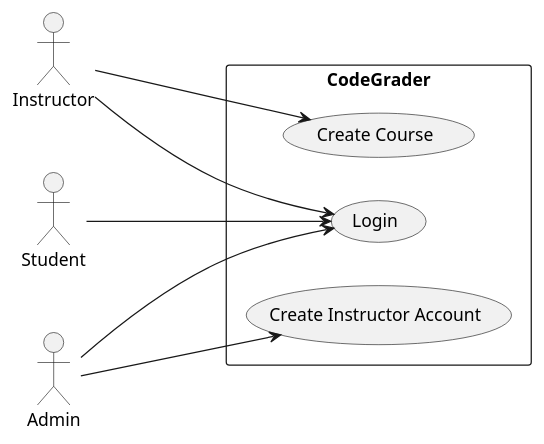
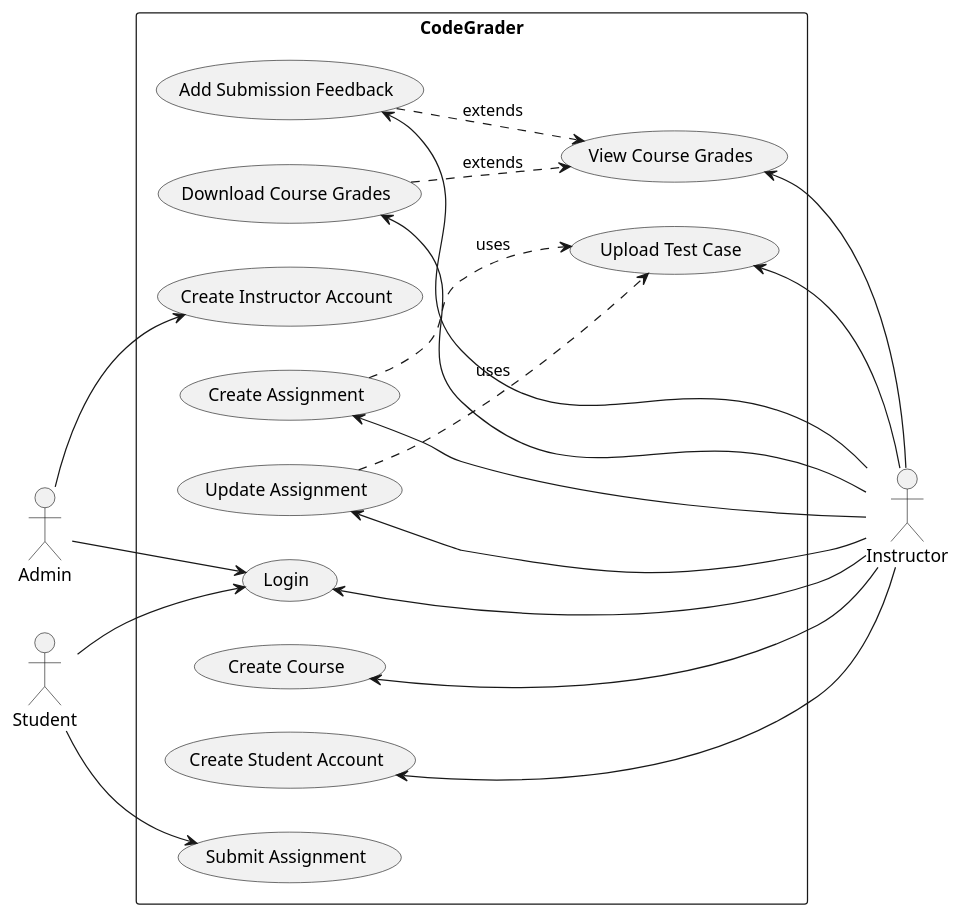
Before and after one commit to LittleTealeaf/SER-340-Project: the diagram in docs/srs/diagrams.puml, drawn with PlantUML. The commit also changed 1 other file, not shown here.

```diff
--- a/docs/srs/diagrams.puml
+++ b/docs/srs/diagrams.puml
@@ -1,27 +1,54 @@
 @startuml Use Case Diagram
 skinparam packageStyle rectangle
 left to right direction
 
 :Admin:
 :Instructor:
 :Student:
 
 
 rectangle CodeGrader {
 
   (Login)
+  (Add Submission Feedback)
+  (Download Course Grades)
   (Create Instructor Account)
   (Create Course)
+  (Create Student Account)
+  (Upload Test Case)
+  (Create Assignment)
+  (Update Assignment)
+  (Submit Assignment)
+  (View Course Grades)
+
+
+  (Download Course Grades) ..> (View Course Grades) : extends
+
+  (Add Submission Feedback) ..> (View Course Grades) : extends
+
+  (Create Assignment) ..> (Upload Test Case) : uses
+  (Update Assignment) ..> (Upload Test Case) : uses
+
+}
 
 
 
-}
+:Admin: --> (Login)
+:Admin: --> (Create Instructor Account)
 
-:Student: ---> (Login)
-:Admin: ---> (Login)
-:Instructor: ---> (Login)
-:Admin: --> (Create Instructor Account)
-:Instructor: ---> (Create Course)
+(Login) <-- :Instructor:
+(Create Course) <-- :Instructor:
+(Create Student Account) <-- :Instructor:
+(Upload Test Case) <-- :Instructor:
+(Create Assignment) <-- :Instructor:
+(Update Assignment) <-- :Instructor:
+(View Course Grades) <-- :Instructor:
+(Download Course Grades) <-- :Instructor:
+(Add Submission Feedback) <-- :Instructor:
+
+:Student: --> (Login)
+:Student: --> (Submit Assignment)
+
 
 
 @enduml
```
